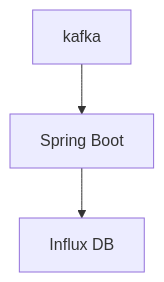
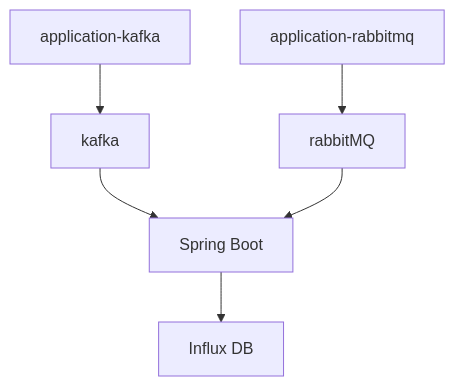
Before and after one commit to kkminseok/influx-db-test: the diagram in README.md, drawn with Mermaid. The commit also changed other lines of this file, not shown here.

````diff
--- a/README.md
+++ b/README.md
@@ -4,5 +4,9 @@
 ```mermaid
 flowchart TD
+    K[application-kafka] --> A[kafka]
+    K2[application-rabbitmq] --> R[rabbitMQ]
     A[kafka] --> B[Spring Boot]
+    R[rabbitMQ] --> B[Spring Boot]
     B[Spring Boot] --> C[Influx DB]
+  
 ```
````
